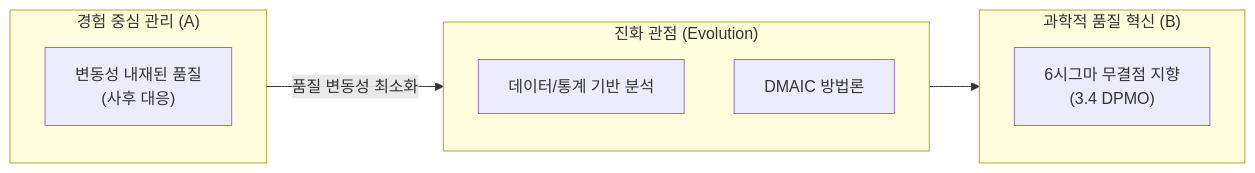
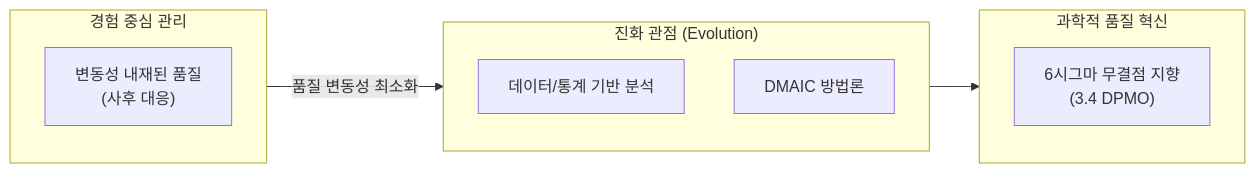
The diagram in docs/09-quality-management/six-sigma.md (jeonck/fw-thinking), drawn with Mermaid before and after one commit. The commit also changed 92 other files, not shown here.

````diff
--- a/docs/09-quality-management/six-sigma.md
+++ b/docs/09-quality-management/six-sigma.md
@@ -21,19 +21,19 @@
 ```mermaid
 flowchart LR
-    subgraph A["경험 중심 관리 (A)"]
+    subgraph A["경험 중심 관리 "]
         A1["변동성 내재된 품질<br/>(사후 대응)"]
     end
 
     subgraph TRANS["진화 관점 (Evolution)"]
         direction TB
         T1["데이터/통계 기반 분석"]
         T2["DMAIC 방법론"]
     end
 
-    subgraph B["과학적 품질 혁신 (B)"]
+    subgraph B["과학적 품질 혁신 "]
         B1["6시그마 무결점 지향<br/>(3.4 DPMO)"]
     end
 
     A -- "품질 변동성 최소화" --> TRANS
     TRANS --> B
 ```
````
